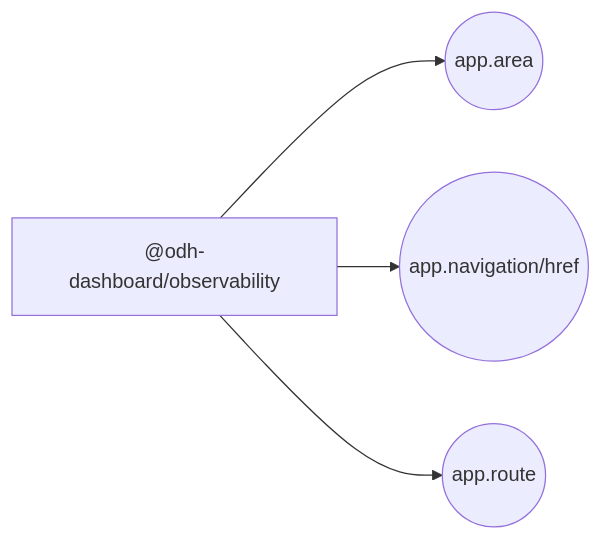
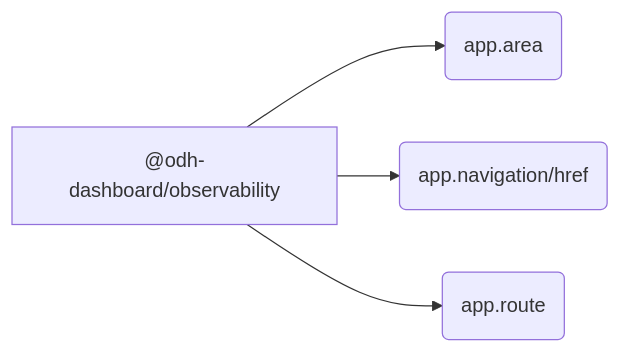
One commit to mturley/odh-dashboard changed the diagram in packages/observability/docs/extensions.md. Above: the diagram before and after it, drawn with Mermaid. The commit also changed 24 other files, not shown here.

````diff
--- a/packages/observability/docs/extensions.md
+++ b/packages/observability/docs/extensions.md
@@ -18,10 +18,10 @@
 ```mermaid
 flowchart LR
   pkg_n__odh_dashboard_observability_eea447["@odh-dashboard/observability"]
-  point_n_app_area_bcfe23(("app.area"))
+  point_n_app_area_bcfe23("app.area")
   pkg_n__odh_dashboard_observability_eea447 --> point_n_app_area_bcfe23
-  point_n_app_navigation_href_67179c(("app.navigation/href"))
+  point_n_app_navigation_href_67179c("app.navigation/href")
   pkg_n__odh_dashboard_observability_eea447 --> point_n_app_navigation_href_67179c
-  point_n_app_route_2735df(("app.route"))
+  point_n_app_route_2735df("app.route")
   pkg_n__odh_dashboard_observability_eea447 --> point_n_app_route_2735df
 ```
````
